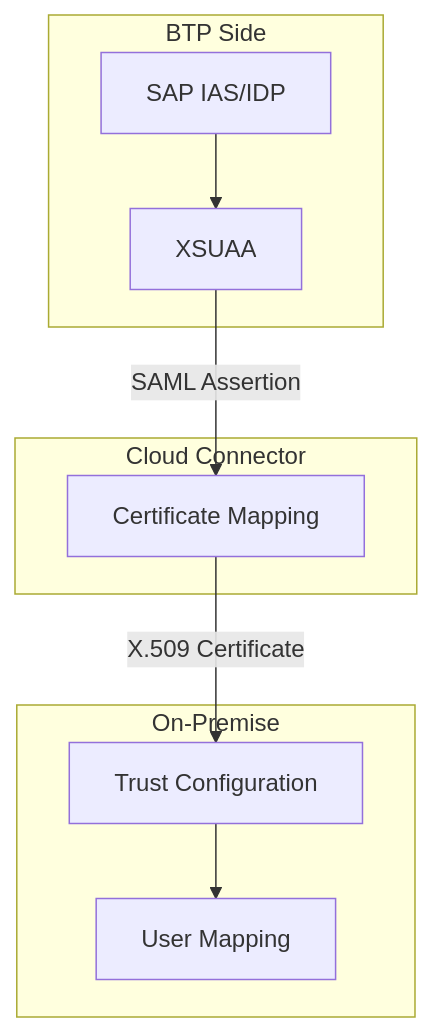
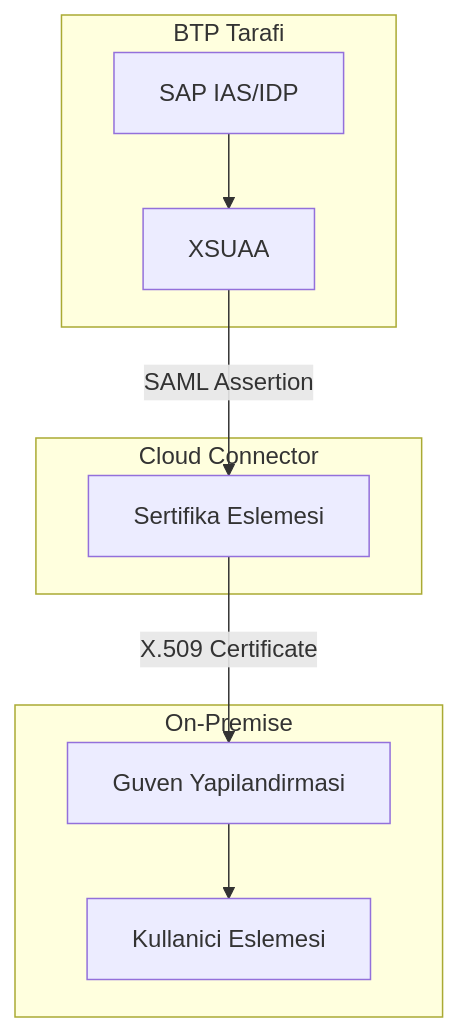
The sixth of 8 diagrams in Technical Tutorials/BTP/TR/chapters/16-cloud-connector.md (beyhanmeyrali/sap-all), drawn with Mermaid before and after one commit. The commit also changed other lines of this file and 11 other files, not shown here.

````diff
--- a/Technical Tutorials/BTP/TR/chapters/16-cloud-connector.md
+++ b/Technical Tutorials/BTP/TR/chapters/16-cloud-connector.md
@@ -286,21 +286,21 @@
 ```mermaid
 graph TD
-    subgraph "BTP Side"
+    subgraph "BTP Tarafi"
         IAS[SAP IAS/IDP]
         XSUAA[XSUAA]
     end
 
     subgraph "Cloud Connector"
-        CC[Certificate Mapping]
+        CC[Sertifika Eslemesi]
     end
 
     subgraph "On-Premise"
-        TRUST[Trust Configuration]
-        USER[User Mapping]
+        TRUST[Guven Yapilandirmasi]
+        USER[Kullanici Eslemesi]
     end
 
     IAS --> XSUAA
     XSUAA --> |"SAML Assertion"| CC
     CC --> |"X.509 Certificate"| TRUST
     TRUST --> USER
 ```
````
